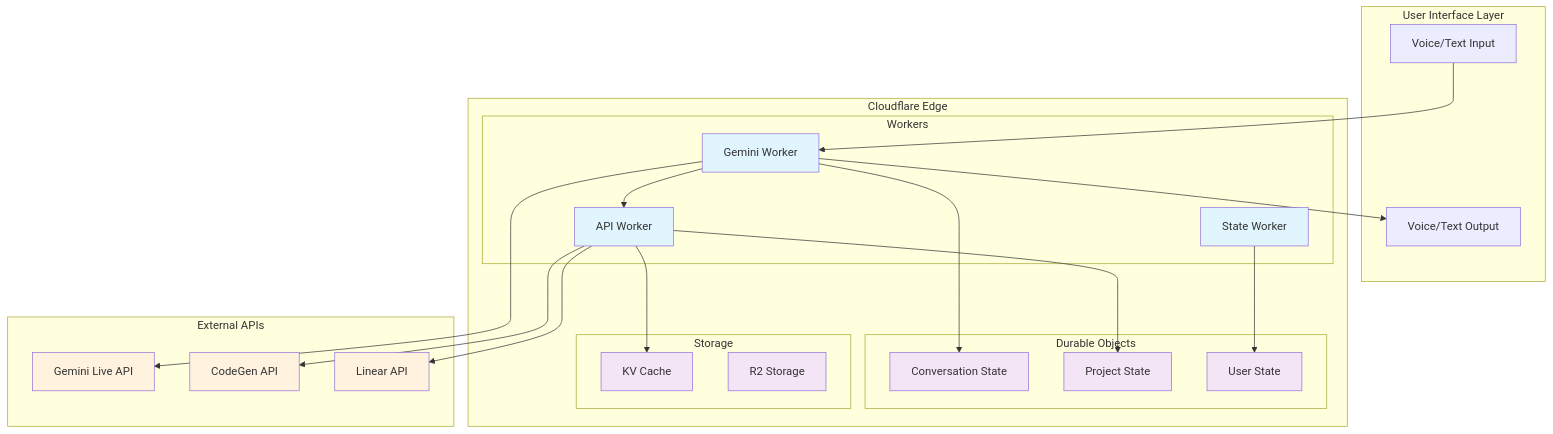
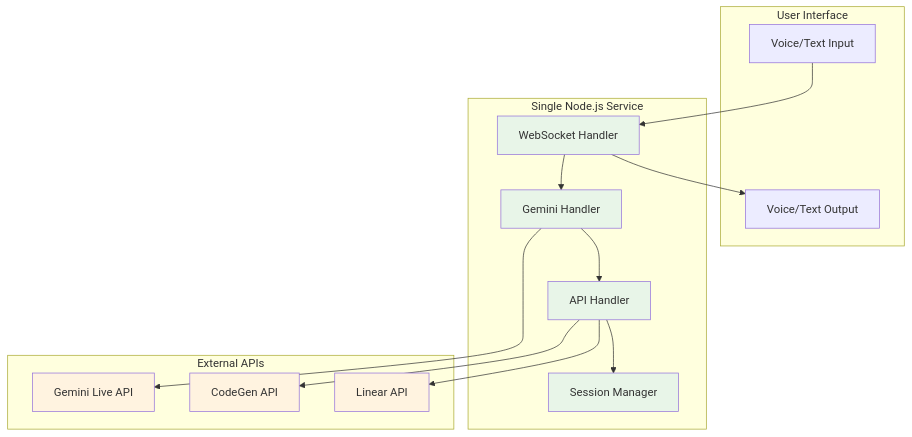
The first of 2 diagrams in projects/gemini-live-interface-to-codegen/planning/02-architecture.md (helaix/agient_ops), drawn with Mermaid before and after one commit. The commit also changed other lines of this file, not shown here.

First line of the commit message:
fix: Completely revise architecture for 24-hour MVP implementation

````diff
--- a/projects/gemini-live-interface-to-codegen/planning/02-architecture.md
+++ b/projects/gemini-live-interface-to-codegen/planning/02-architecture.md
@@ -45,51 +40,35 @@
 ```mermaid
 graph TB
-    subgraph "User Interface Layer"
+    subgraph "User Interface"
         UI[Voice/Text Input]
         UO[Voice/Text Output]
     end
     
-    subgraph "Cloudflare Edge"
-        subgraph "Workers"
-            GW[Gemini Worker]
-            AW[API Worker]
-            SW[State Worker]
-        end
-        
-        subgraph "Durable Objects"
-            CS[Conversation State]
-            PS[Project State]
-            US[User State]
-        end
-        
-        subgraph "Storage"
-            KV[KV Cache]
-            R2[R2 Storage]
-        end
+    subgraph "Single Node.js Service"
+        WS[WebSocket Handler]
+        GH[Gemini Handler]
+        AH[API Handler]
+        SM[Session Manager]
     end
     
     subgraph "External APIs"
         GL[Gemini Live API]
         CG[CodeGen API]
         LN[Linear API]
     end
     
-    UI --> GW
-    GW --> GL
-    GW --> CS
-    GW --> AW
-    AW --> CG
-    AW --> LN
-    AW --> PS
-    SW --> US
-    AW --> KV
-    GW --> UO
+    UI --> WS
+    WS --> GH
+    GH --> GL
+    GH --> AH
+    AH --> CG
+    AH --> LN
+    AH --> SM
+    WS --> UO
     
-    classDef primary fill:#e1f5fe
+    classDef simple fill:#e8f5e8
     classDef external fill:#fff3e0
-    classDef storage fill:#f3e5f5
     
-    class GW,AW,SW primary
+    class WS,GH,AH,SM simple
     class GL,CG,LN external
-    class CS,PS,US,KV,R2 storage
 ```
````
